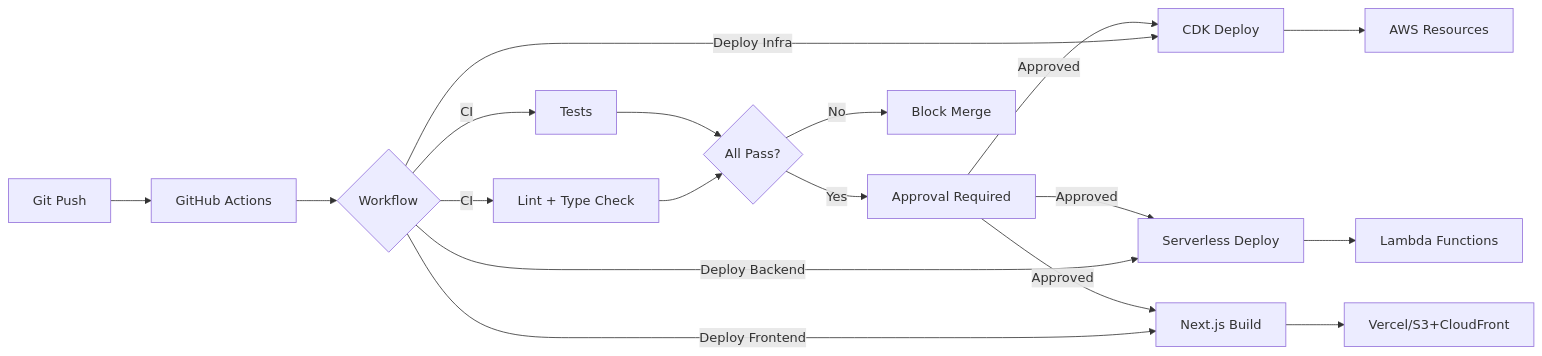
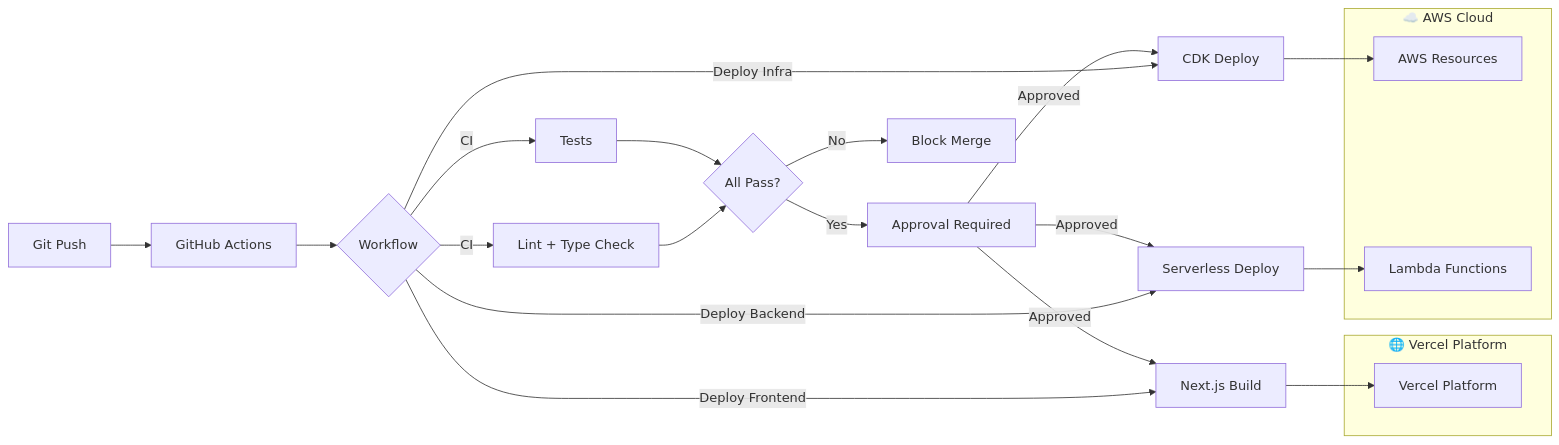
Before and after one commit to rtsarakaki/keep-the-sequence: the sixth of 6 diagrams in docs/architecture/ARCHITECTURE.md, drawn with Mermaid. The commit also changed other lines of this file and 19 other files, not shown here.

````diff
--- a/docs/architecture/ARCHITECTURE.md
+++ b/docs/architecture/ARCHITECTURE.md
@@ -343,26 +387,35 @@
 ```mermaid
 graph LR
     A[Git Push] --> B[GitHub Actions]
     B --> C{Workflow}
     
     C -->|CI| D[Lint + Type Check]
     C -->|CI| E[Tests]
     
     C -->|Deploy Infra| F[CDK Deploy]
     F --> G[AWS Resources]
     
     C -->|Deploy Backend| H[Serverless Deploy]
     H --> I[Lambda Functions]
     
     C -->|Deploy Frontend| J[Next.js Build]
-    J --> K[Vercel/S3+CloudFront]
+    J --> K[Vercel Platform]
     
     D --> L{All Pass?}
     E --> L
     L -->|Yes| M[Approval Required]
     L -->|No| N[Block Merge]
     
     M -->|Approved| F
     M -->|Approved| H
     M -->|Approved| J
+    
+    subgraph AWS["☁️ AWS Cloud"]
+        G
+        I
+    end
+    
+    subgraph Vercel["🌐 Vercel Platform"]
+        K
+    end
 ```
````
